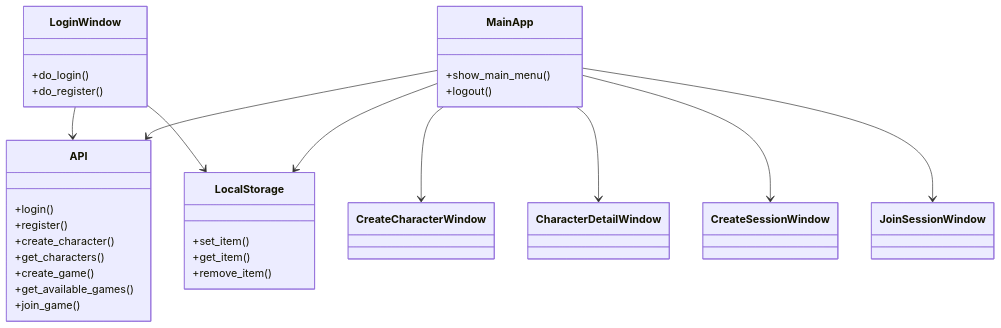
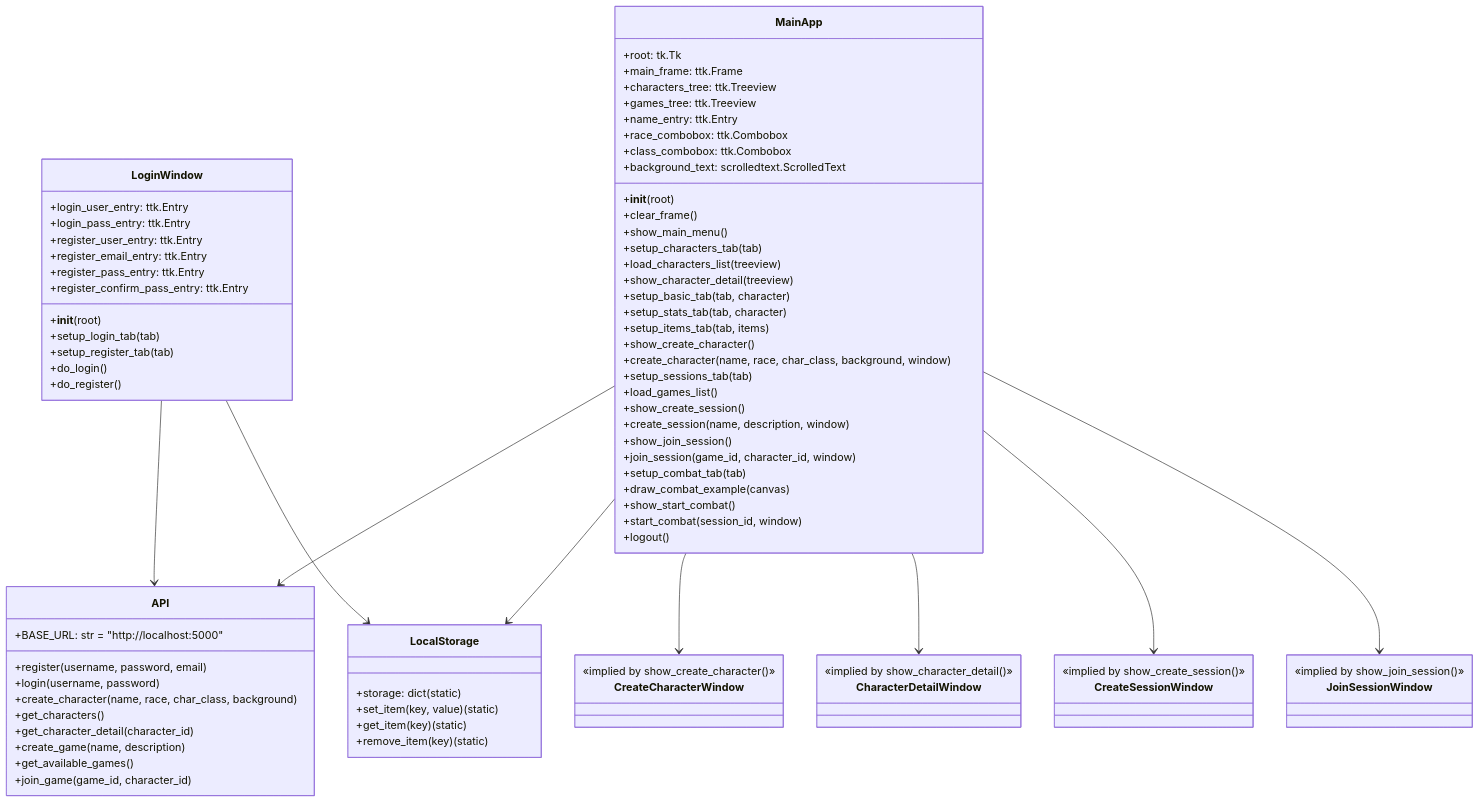
Before and after one commit to Ruben2006676/TapatApp: the diagram in Projecte_ROL/Frontend/DiagramaFrontend.mermaid, drawn with Mermaid.

```diff
--- a/Projecte_ROL/Frontend/DiagramaFrontend.mermaid
+++ b/Projecte_ROL/Frontend/DiagramaFrontend.mermaid
@@ -1,40 +1,91 @@
 classDiagram
     class LoginWindow {
+        +login_user_entry: ttk.Entry
+        +login_pass_entry: ttk.Entry
+        +register_user_entry: ttk.Entry
+        +register_email_entry: ttk.Entry
+        +register_pass_entry: ttk.Entry
+        +register_confirm_pass_entry: ttk.Entry
+        +__init__(root)
+        +setup_login_tab(tab)
+        +setup_register_tab(tab)
         +do_login()
         +do_register()
     }
 
     class MainApp {
+        +root: tk.Tk
+        +main_frame: ttk.Frame
+        +characters_tree: ttk.Treeview
+        +games_tree: ttk.Treeview
+        +name_entry: ttk.Entry
+        +race_combobox: ttk.Combobox
+        +class_combobox: ttk.Combobox
+        +background_text: scrolledtext.ScrolledText
+        +__init__(root)
+        +clear_frame()
         +show_main_menu()
+        +setup_characters_tab(tab)
+        +load_characters_list(treeview)
+        +show_character_detail(treeview)
+        +setup_basic_tab(tab, character)
+        +setup_stats_tab(tab, character)
+        +setup_items_tab(tab, items)
+        +show_create_character()
+        +create_character(name, race, char_class, background, window)
+        +setup_sessions_tab(tab)
+        +load_games_list()
+        +show_create_session()
+        +create_session(name, description, window)
+        +show_join_session()
+        +join_session(game_id, character_id, window)
+        +setup_combat_tab(tab)
+        +draw_combat_example(canvas)
+        +show_start_combat()
+        +start_combat(session_id, window)
         +logout()
     }
 
     class API {
-        +login()
-        +register()
-        +create_character()
+        +BASE_URL: str = "http://localhost:5000"
+        +register(username, password, email)
+        +login(username, password)
+        +create_character(name, race, char_class, background)
         +get_characters()
-        +create_game()
+        +get_character_detail(character_id)
+        +create_game(name, description)
         +get_available_games()
-        +join_game()
+        +join_game(game_id, character_id)
     }
 
     class LocalStorage {
-        +set_item()
-        +get_item()
-        +remove_item()
+        +storage: dict (static)
+        +set_item(key, value) (static)
+        +get_item(key) (static)
+        +remove_item(key) (static)
     }
 
-    class CreateCharacterWindow
-    class CharacterDetailWindow
-    class CreateSessionWindow
-    class JoinSessionWindow
+    class CreateCharacterWindow {
+        <<implied by show_create_character()>>
+    }
+
+    class CharacterDetailWindow {
+        <<implied by show_character_detail()>>
+    }
+
+    class CreateSessionWindow {
+        <<implied by show_create_session()>>
+    }
+
+    class JoinSessionWindow {
+        <<implied by show_join_session()>>
+    }
 
     LoginWindow --> API
     LoginWindow --> LocalStorage
     MainApp --> API
     MainApp --> LocalStorage
     MainApp --> CreateCharacterWindow
     MainApp --> CharacterDetailWindow
     MainApp --> CreateSessionWindow
     MainApp --> JoinSessionWindow
```
